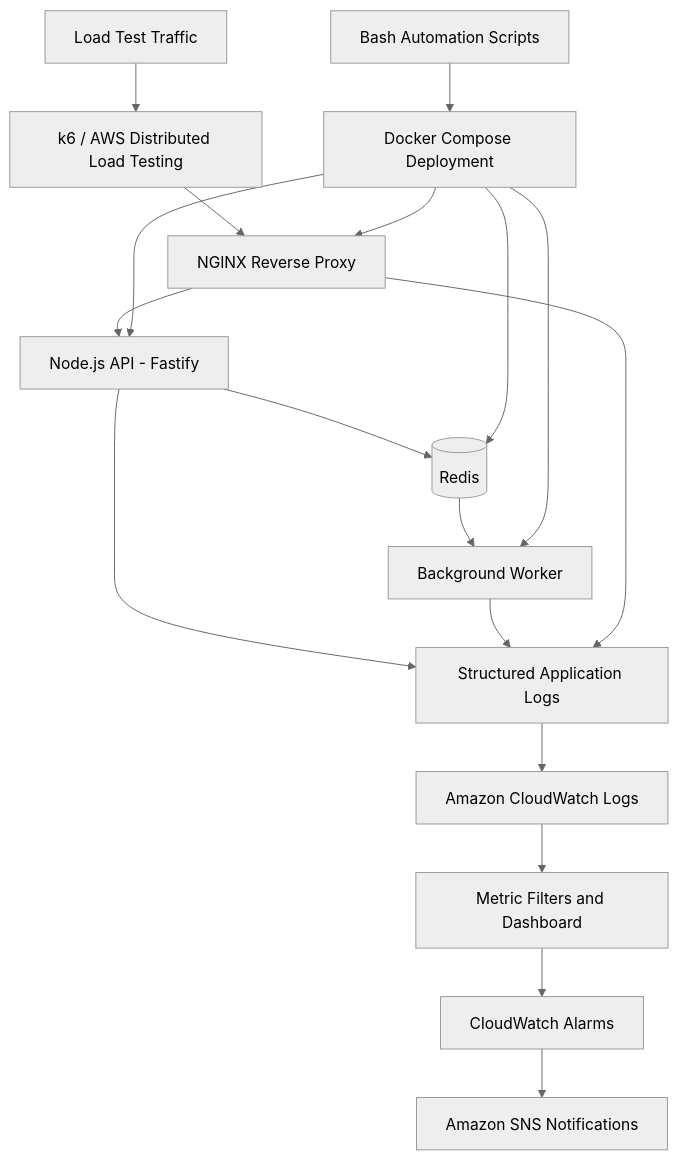
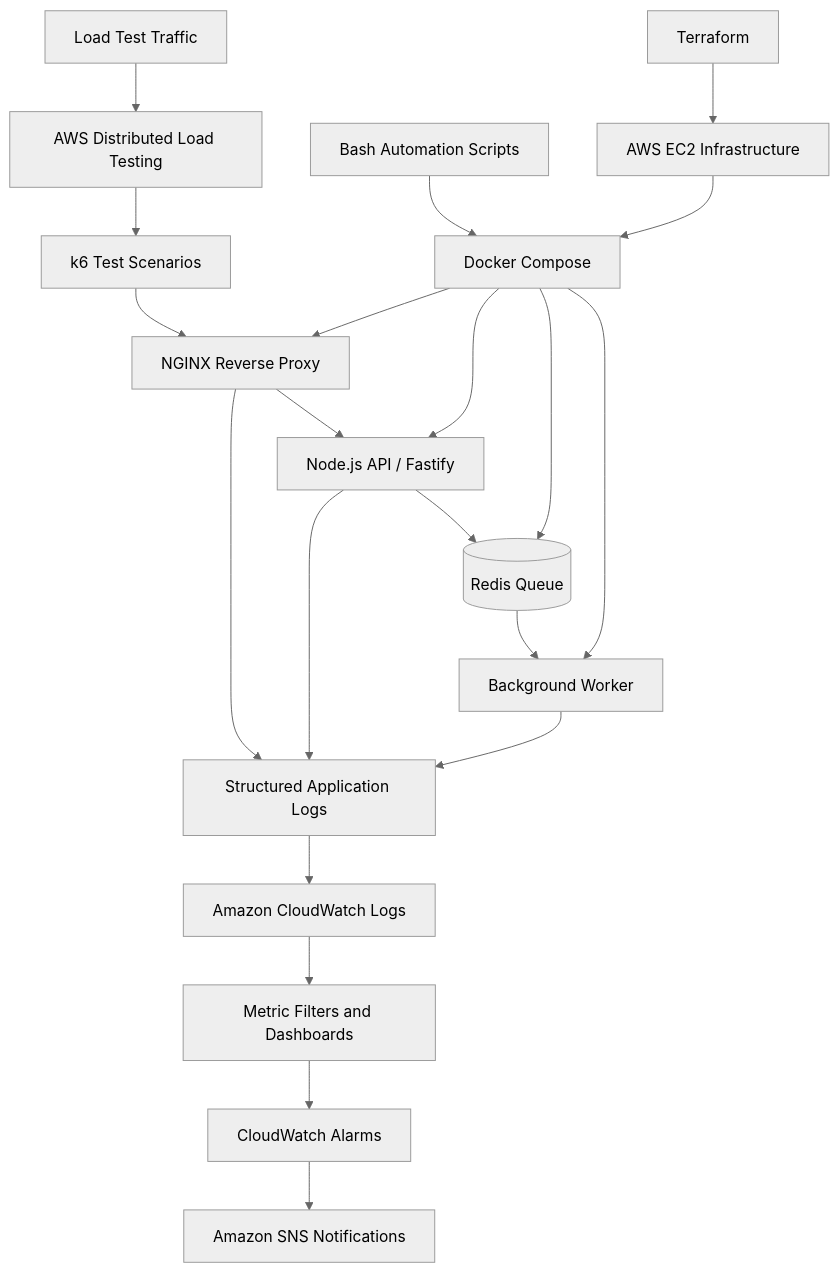
One commit to tanahmeeedsx/aiops-flashscale-app changed the diagram in README.md. Above: the diagram before and after it, drawn with Mermaid (neutral theme). The commit also changed other lines of this file, not shown here.

````diff
--- a/README.md
+++ b/README.md
@@ -13,20 +38,43 @@
 ```mermaid
 flowchart TD
-    U[Load Test Traffic] --> K[k6 / AWS Distributed Load Testing]
-    K --> N[NGINX Reverse Proxy]
-    N --> A[Node.js API - Fastify]
-    A --> R[(Redis)]
-    R --> W[Background Worker]
-    A --> L[Structured Application Logs]
-    W --> L
-    N --> L
-    L --> CW[Amazon CloudWatch Logs]
-    CW --> M[Metric Filters and Dashboard]
-    M --> AL[CloudWatch Alarms]
-    AL --> SNS[Amazon SNS Notifications]
-    S[Bash Automation Scripts] --> D[Docker Compose Deployment]
-    D --> N
-    D --> A
-    D --> W
-    D --> R
+    LT["Load Test Traffic"]
+    DLT["AWS Distributed Load Testing"]
+    K6["k6 Test Scenarios"]
+    NG["NGINX Reverse Proxy"]
+    API["Node.js API / Fastify"]
+    REDIS[("Redis Queue")]
+    WORKER["Background Worker"]
+    LOGS["Structured Application Logs"]
+    CW["Amazon CloudWatch Logs"]
+    METRICS["Metric Filters and Dashboards"]
+    ALARM["CloudWatch Alarms"]
+    SNS["Amazon SNS Notifications"]
+    BASH["Bash Automation Scripts"]
+    DOCKER["Docker Compose"]
+    TF["Terraform"]
+    EC2["AWS EC2 Infrastructure"]
+
+    LT --> DLT
+    DLT --> K6
+    K6 --> NG
+    NG --> API
+    API --> REDIS
+    REDIS --> WORKER
+
+    NG --> LOGS
+    API --> LOGS
+    WORKER --> LOGS
+    LOGS --> CW
+    CW --> METRICS
+    METRICS --> ALARM
+    ALARM --> SNS
+
+    BASH --> DOCKER
+    DOCKER --> NG
+    DOCKER --> API
+    DOCKER --> REDIS
+    DOCKER --> WORKER
+
+    TF --> EC2
+    EC2 --> DOCKER
 ```
````
